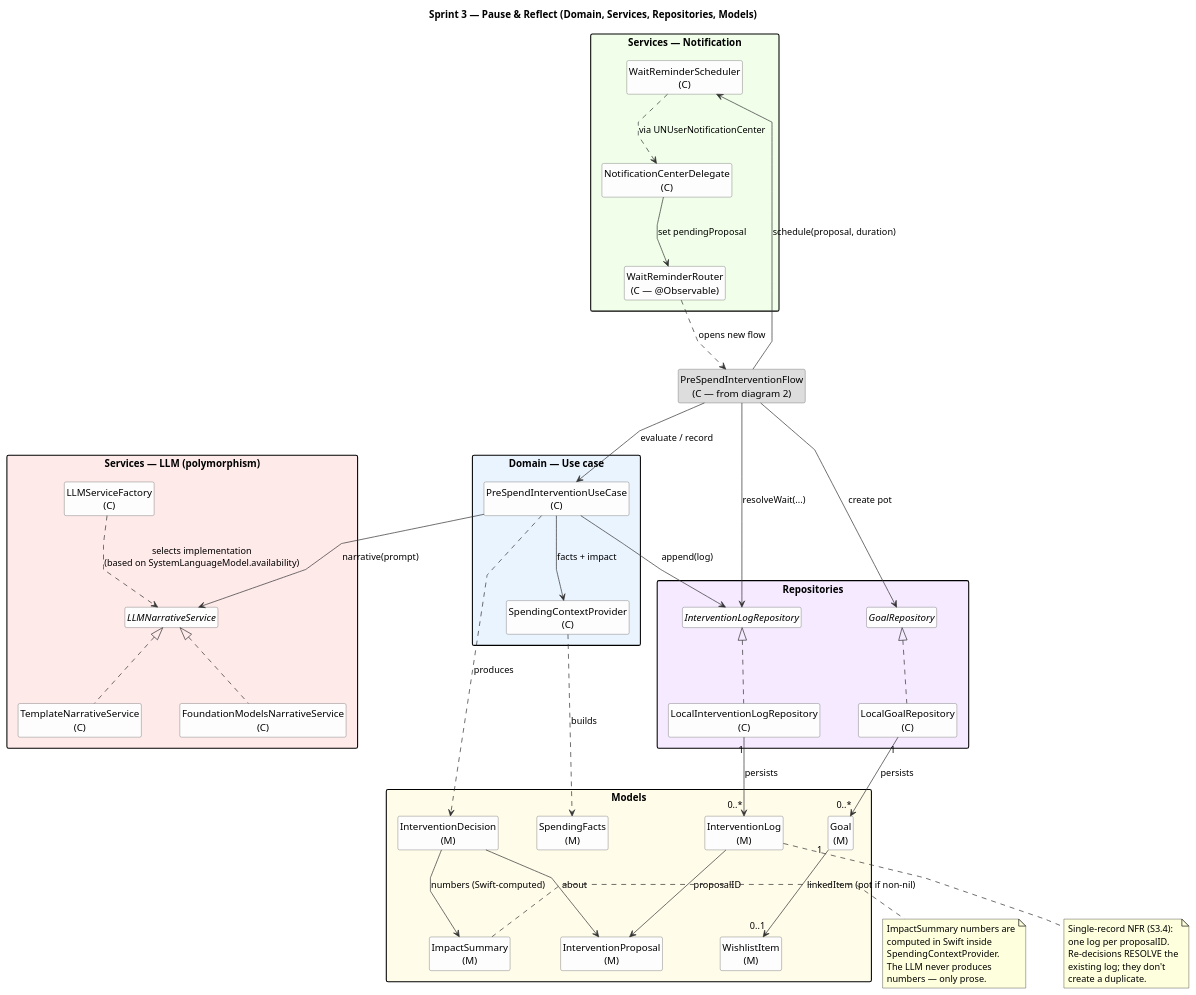
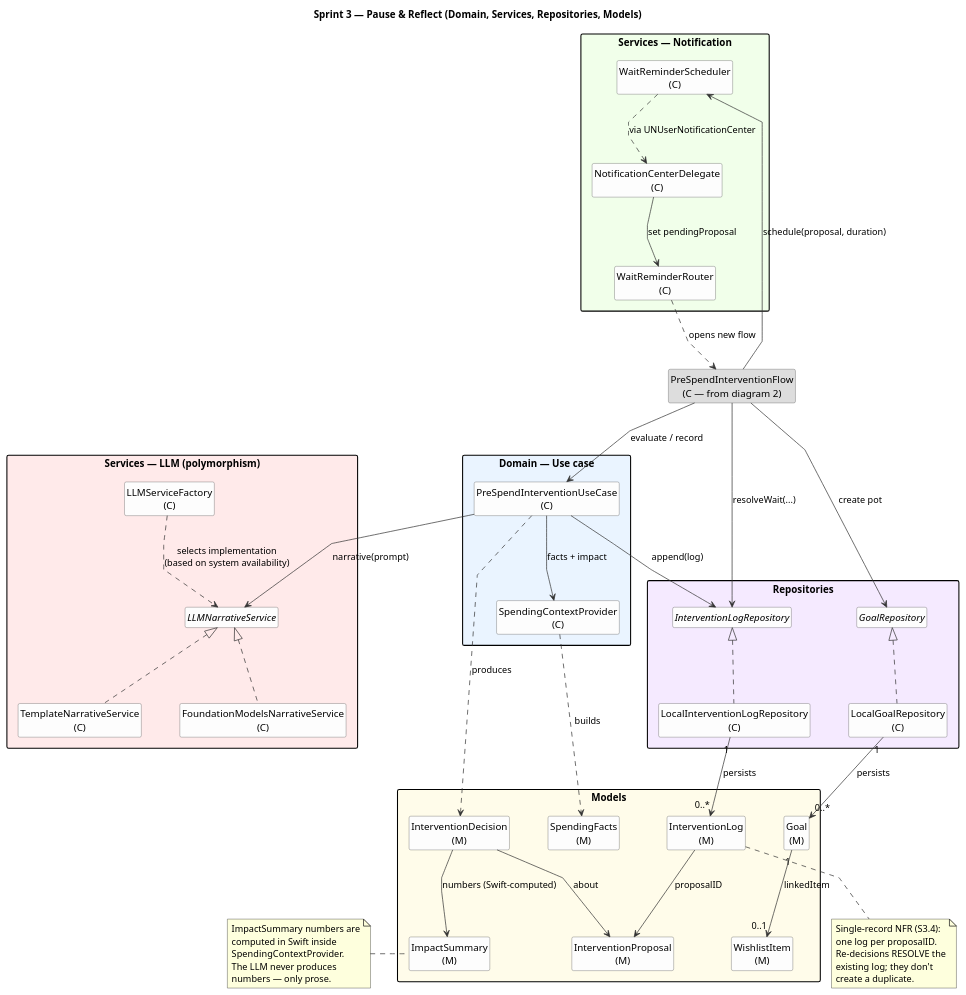
The diagram in portfolio_diagrams/03_sprint3b_domain_data.puml (beckz001/Bujet), drawn with PlantUML before and after one commit. The commit also changed 7 other files, not shown here.

Commit message:
More plantuml diagram improvements

```diff
--- a/portfolio_diagrams/03_sprint3b_domain_data.puml
+++ b/portfolio_diagrams/03_sprint3b_domain_data.puml
@@ -1,107 +1,107 @@
 @startuml ClassDiagram_Sprint3_DomainAndData
 title Sprint 3 — Pause & Reflect (Domain, Services, Repositories, Models)
 
 skinparam classAttributeIconSize 0
 skinparam packageStyle rectangle
 skinparam linetype polyline
 skinparam nodesep 55
 skinparam ranksep 80
 skinparam shadowing false
 hide circles
 skinparam class {
   BackgroundColor #FDFDFD
   BorderColor #555555
   ArrowColor #333333
 }
 hide empty members
 
 ' Reference back to Flow (drawn in diagram 2) — shown as boundary
 class "PreSpendInterventionFlow\n(C — from diagram 2)" as Flow #DDD
 
 package "Domain — Use case" #EAF4FF {
   class "PreSpendInterventionUseCase\n(C)" as UseCase
   class "SpendingContextProvider\n(C)"     as Ctx
 }
 
 package "Services — LLM (polymorphism)" #FFEAEA {
   interface "LLMNarrativeService"             as LLM
   class "TemplateNarrativeService\n(C)"        as TmplLLM
   class "FoundationModelsNarrativeService\n(C)" as FMLLM
   class "LLMServiceFactory\n(C)"              as Factory
 }
 
 package "Services — Notification" #F1FFEA {
   class "WaitReminderScheduler\n(C)"        as Sched
   class "NotificationCenterDelegate\n(C)"   as NotifDel
-  class "WaitReminderRouter\n(C — @Observable)" as Router
+  class "WaitReminderRouter\n(C)" as Router
 }
 
 package "Repositories" #F5EAFF {
   interface "InterventionLogRepository" as ILogIF
   class     "LocalInterventionLogRepository\n(C)" as ILogRepo
   interface "GoalRepository"            as GoalIF
   class     "LocalGoalRepository\n(C)"  as GoalRepo
 }
 
 package "Models" #FFFCEA {
   class "InterventionProposal\n(M)" as Proposal
   class "InterventionDecision\n(M)" as Decision
   class "InterventionLog\n(M)"      as Log
   class "ImpactSummary\n(M)"        as Impact
   class "SpendingFacts\n(M)"        as Facts
   class "Goal\n(M)"                 as Goal
   class "WishlistItem\n(M)"         as Wish
 }
 
 ' --- Flow consumes use case + services + repos ---
 Flow --> UseCase  : evaluate / record
 Flow --> Sched    : schedule(proposal, duration)
 Flow --> ILogIF   : resolveWait(...)
 Flow --> GoalIF   : create pot
 
 ' --- Use case orchestrates ---
 UseCase --> Ctx     : facts + impact
 UseCase --> LLM     : narrative(prompt)
 UseCase --> ILogIF  : append(log)
 
 ' --- LLM polymorphism ---
 LLM <|.. TmplLLM
 LLM <|.. FMLLM
-Factory ..> LLM     : selects implementation\n(based on SystemLanguageModel.availability)
+Factory ..> LLM     : selects implementation\n(based on system availability)
 
 ' --- Notification path (cross-process deep link) ---
 Sched ..> NotifDel : via UNUserNotificationCenter
 NotifDel --> Router : set pendingProposal
 Router ..> Flow    : opens new flow
 
 ' --- Repository concretisations ---
 ILogIF <|.. ILogRepo
 GoalIF <|.. GoalRepo
 
 ' --- Model relationships ---
 ILogRepo "1" --> "0..*" Log   : persists
 GoalRepo "1" --> "0..*" Goal  : persists
-Goal "1" --> "0..1" Wish      : linkedItem (pot if non-nil)
+Goal "1" --> "0..1" Wish      : linkedItem
 Log --> Proposal              : proposalID
 UseCase ..> Decision          : produces
 Decision --> Proposal         : about
 Decision --> Impact           : numbers (Swift-computed)
 Ctx ..> Facts                 : builds
 
-note right of Impact
+note left of Impact
   ImpactSummary numbers are
   computed in Swift inside
   SpendingContextProvider.
   The LLM never produces
   numbers — only prose.
 end note
 
 note bottom of Log
   Single-record NFR (S3.4):
   one log per proposalID.
   Re-decisions RESOLVE the
   existing log; they don't
   create a duplicate.
 end note
 
 @enduml
```
